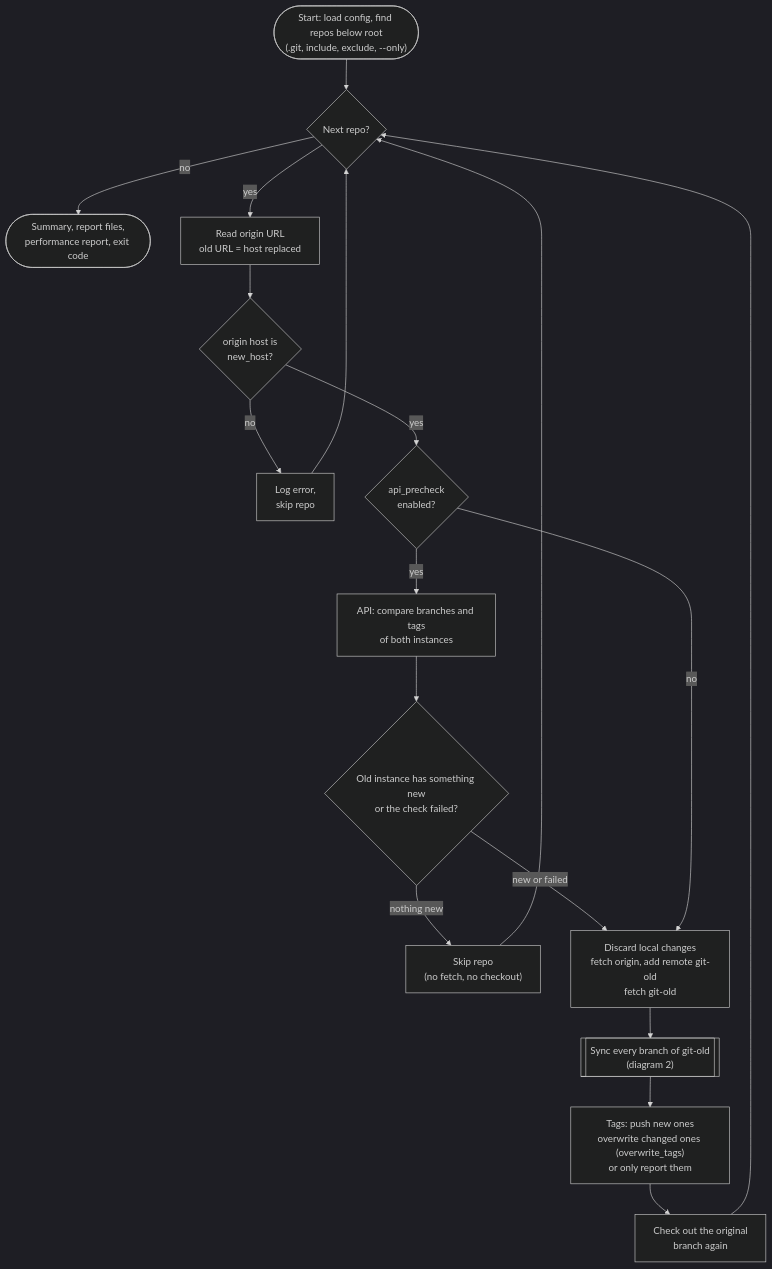
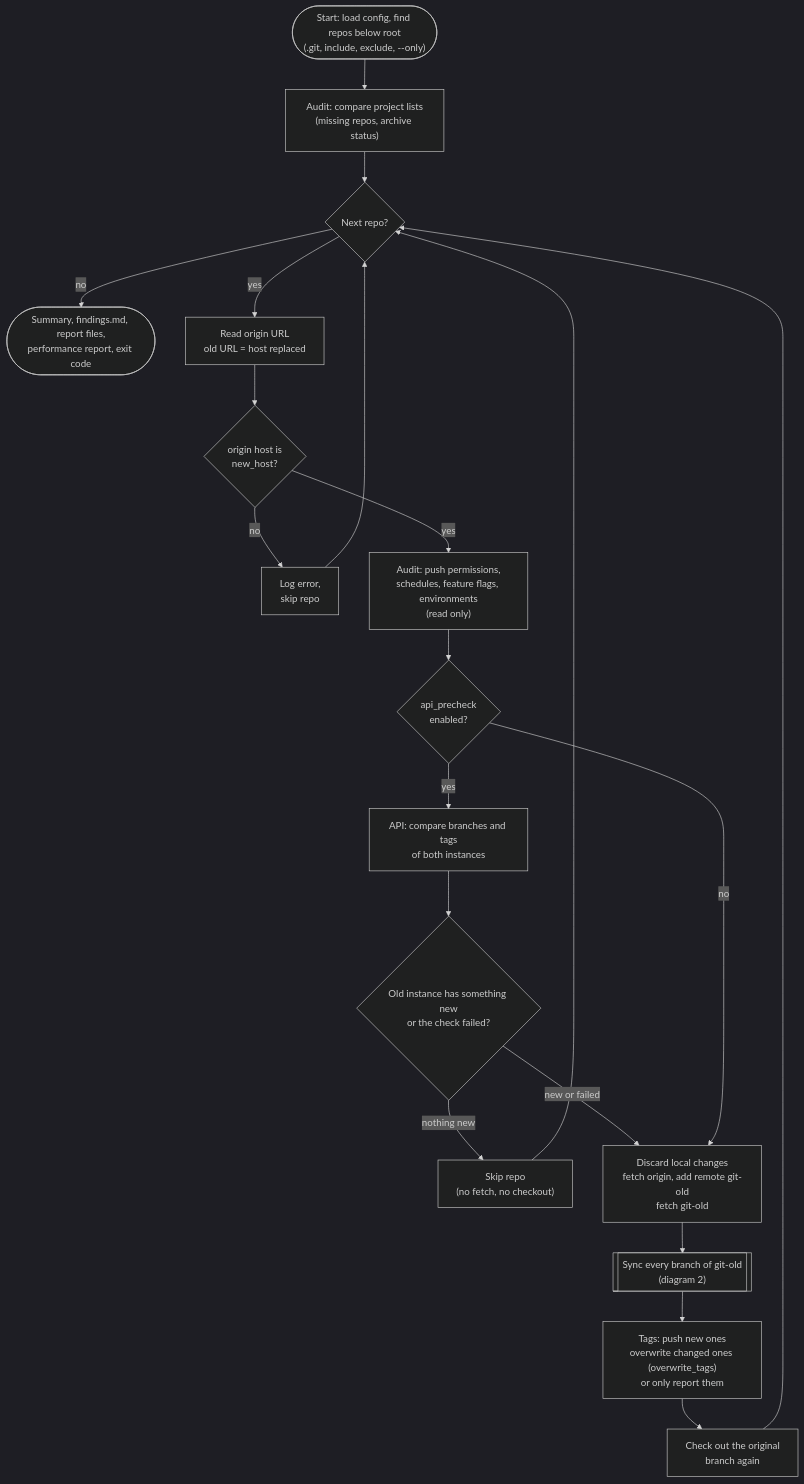
Before and after one commit to slin86/gitlab-sync: the first of 2 diagrams in docs/flow.md, drawn with Mermaid (dark theme). The commit also changed 28 other files, not shown here.

First line of the commit message:
Add read only audit and a findings document

````diff
--- a/docs/flow.md
+++ b/docs/flow.md
@@ -8,19 +8,21 @@
 ```mermaid
 flowchart TD
-    start(["Start: load config, find repos below root<br/>(.git, include, exclude, --only)"]) --> nextrepo{"Next repo?"}
-    nextrepo -- "no" --> finish(["Summary, report files,<br/>performance report, exit code"])
+    start(["Start: load config, find repos below root<br/>(.git, include, exclude, --only)"]) --> repos["Audit: compare project lists<br/>(missing repos, archive status)"]
+    repos --> nextrepo{"Next repo?"}
+    nextrepo -- "no" --> finish(["Summary, findings.md, report files,<br/>performance report, exit code"])
     nextrepo -- "yes" --> url["Read origin URL<br/>old URL = host replaced"]
     url --> hostok{"origin host is<br/>new_host?"}
     hostok -- "no" --> err1["Log error,<br/>skip repo"] --> nextrepo
-    hostok -- "yes" --> pre{"api_precheck<br/>enabled?"}
+    hostok -- "yes" --> audit["Audit: push permissions,<br/>schedules, feature flags, environments<br/>(read only)"]
+    audit --> pre{"api_precheck<br/>enabled?"}
 
     pre -- "yes" --> api["API: compare branches and tags<br/>of both instances"]
     api --> news{"Old instance has something new<br/>or the check failed?"}
     news -- "nothing new" --> skip["Skip repo<br/>(no fetch, no checkout)"] --> nextrepo
     news -- "new or failed" --> prep
     pre -- "no" --> prep
 
     prep["Discard local changes<br/>fetch origin, add remote git-old<br/>fetch git-old"] --> branches[["Sync every branch of git-old<br/>(diagram 2)"]]
     branches --> tags["Tags: push new ones<br/>overwrite changed ones (overwrite_tags)<br/>or only report them"]
     tags --> restore["Check out the original<br/>branch again"] --> nextrepo
 ```
````
